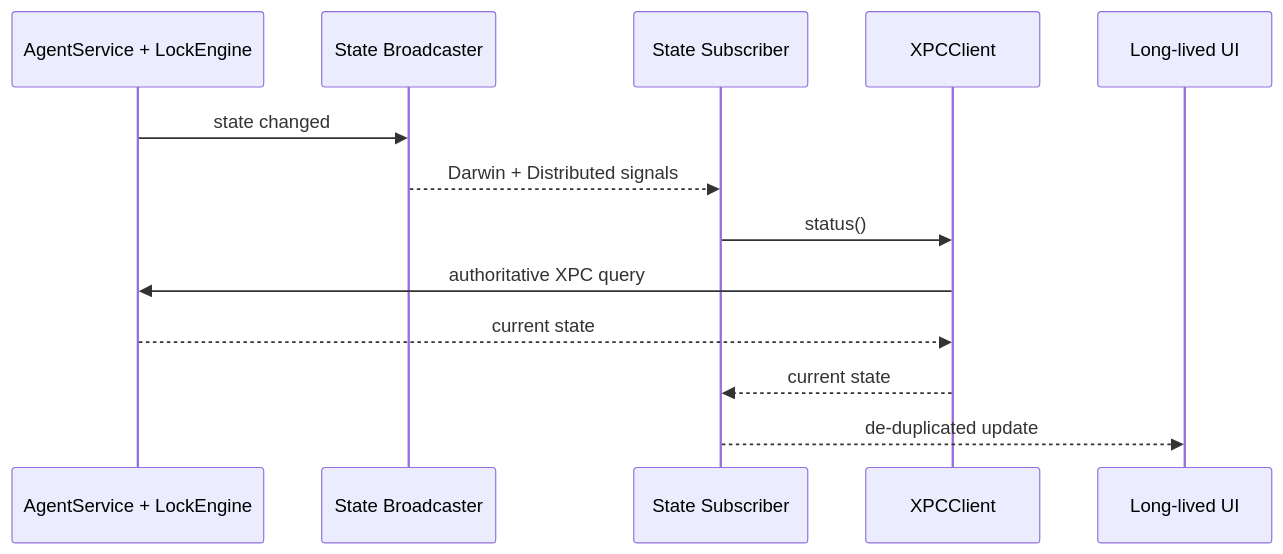
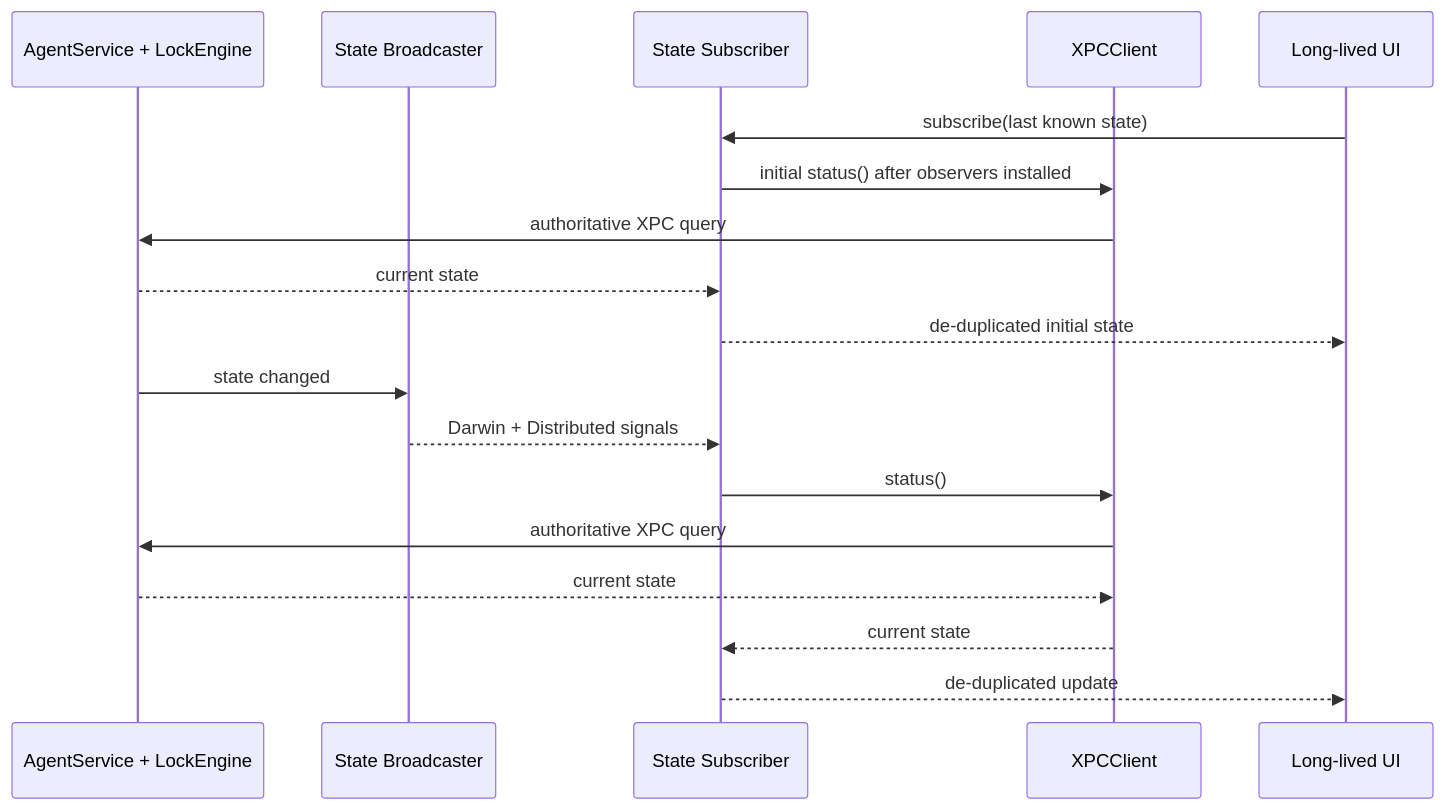
The fourth of 4 diagrams in docs/xpc.md (LZhenHong/KeyboardLocker), drawn with Mermaid before and after one commit. The commit also changed other lines of this file and 15 other files, not shown here.

````diff
--- a/docs/xpc.md
+++ b/docs/xpc.md
@@ -564,16 +564,21 @@
 ```mermaid
 sequenceDiagram
   participant Agent as AgentService + LockEngine
   participant Broadcast as State Broadcaster
   participant Subscriber as State Subscriber
   participant Client as XPCClient
   participant UI as Long-lived UI
 
+  UI->>Subscriber: subscribe(last known state)
+  Subscriber->>Client: initial status() after observers installed
+  Client->>Agent: authoritative XPC query
+  Agent-->>Subscriber: current state
+  Subscriber-->>UI: de-duplicated initial state
   Agent->>Broadcast: state changed
   Broadcast-->>Subscriber: Darwin + Distributed signals
   Subscriber->>Client: status()
   Client->>Agent: authoritative XPC query
   Agent-->>Client: current state
   Client-->>Subscriber: current state
   Subscriber-->>UI: de-duplicated update
 ```
````
